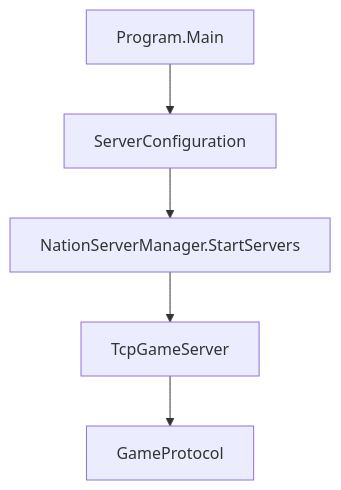
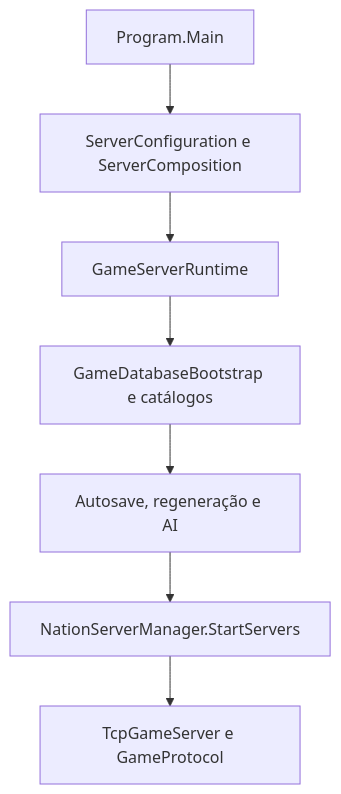
One commit to rootIV/SecondBrain changed the second of 2 diagrams in SecondBrain/Projects/Aika OG/Architecture/Aika OG - Arquitetura Atual.md. Above: the diagram before and after it, drawn with Mermaid. The commit also changed other lines of this file and 107 other files, not shown here.

````diff
--- a/SecondBrain/Projects/Aika OG/Architecture/Aika OG - Arquitetura Atual.md
+++ b/SecondBrain/Projects/Aika OG/Architecture/Aika OG - Arquitetura Atual.md
@@ -96,7 +108,9 @@
 ```mermaid
 flowchart TD
-    A["Program.Main"] --> B["ServerConfiguration"]
-    B --> C["NationServerManager.StartServers"]
-    C --> D["TcpGameServer"]
-    D --> E["GameProtocol"]
+    A["Program.Main"] --> B["ServerConfiguration e ServerComposition"]
+    B --> R["GameServerRuntime"]
+    R --> P["GameDatabaseBootstrap e catálogos"]
+    P --> S["Autosave, regeneração e AI"]
+    S --> C["NationServerManager.StartServers"]
+    C --> D["TcpGameServer e GameProtocol"]
 ```
````
